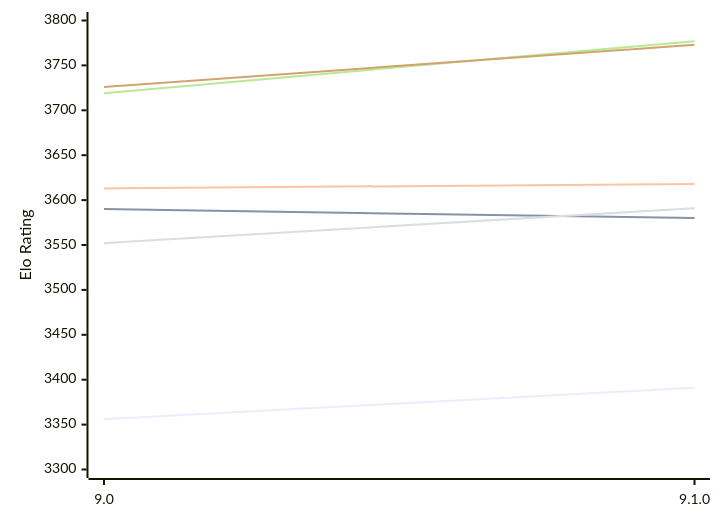
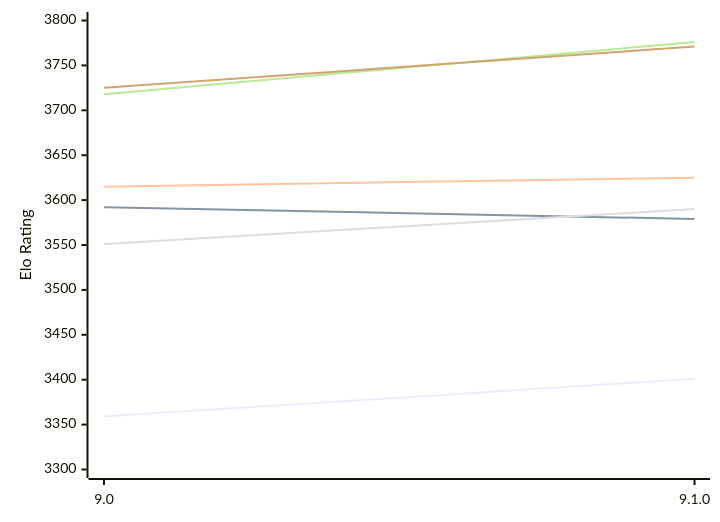
One commit to computer-chess-index/cci changed the first of 2 diagrams in engines/Alexandria.md. Above: the diagram before and after it, drawn with Mermaid. The commit also changed other lines of this file, not shown here.

Commit message:
Update CCI Ratings (ELO VLTC) - 2026-10-15

````diff
--- a/engines/Alexandria.md
+++ b/engines/Alexandria.md
@@ -54,12 +54,12 @@
 ```mermaid
 %%{init: {"theme":"base","themeVariables":{"seriesColors:['#a3a3a3','#222221','#faa371']}}}%%
 xychart-beta
   x-axis ["9.0", "9.1.0"]
   y-axis "Elo Rating" 3300 --> 3800
-  line "E1: STC (8.0+0.08s)" [3356, 3391]
-  line "E1: LTC (60.0+0.60s)" [3590, 3580]
-  line "E1: VLTC (2m24s+1.12s)" [3613, 3618]
-  line "P1: STC (8.0+0.08s)" [3552, 3591]
-  line "P1: LTC (60.0+0.60s)" [3719, 3777]
-  line "P1: VLTC (2m24s+1.12s)" [3726, 3773]
+  line "E1: STC (8.0+0.08s)" [3359, 3401]
+  line "E1: LTC (60.0+0.60s)" [3592, 3579]
+  line "E1: VLTC (2m24s+1.12s)" [3615, 3625]
+  line "P1: STC (8.0+0.08s)" [3551, 3590]
+  line "P1: LTC (60.0+0.60s)" [3718, 3776]
+  line "P1: VLTC (2m24s+1.12s)" [3725, 3771]
 ```
````
